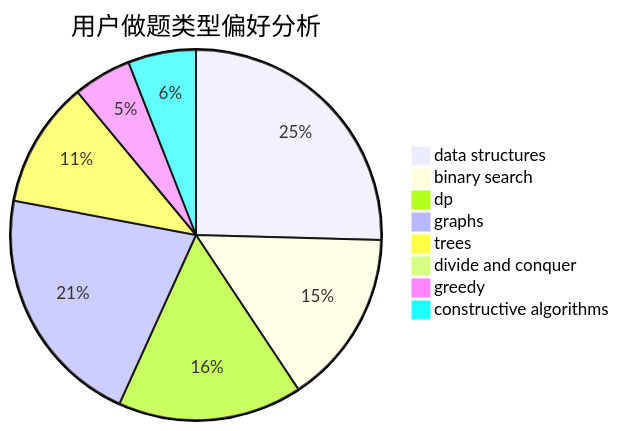
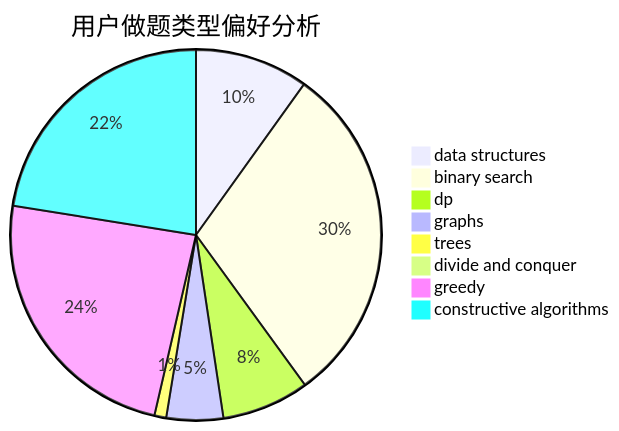
The second of 3 diagrams in docs/user/u305.md (sherpahu/cfrs.github.io), drawn with Mermaid before and after one commit. The commit also changed other lines of this file and 2770 other files, not shown here.

````diff
--- a/docs/user/u305.md
+++ b/docs/user/u305.md
@@ -23,11 +23,11 @@
 ```mermaid
 pie title 用户做题类型偏好分析
-    "data structures" :  30
-    "binary search" :  18
-    "dp" :  19
-    "graphs" :  25
-    "trees" :  13
+    "data structures" :  48
+    "binary search" :  146
+    "dp" :  37
+    "graphs" :  24
+    "trees" :  5
     "divide and conquer" :  0
-    "greedy" :  6
-    "constructive algorithms" :  7
+    "greedy" :  116
+    "constructive algorithms" :  109
 ```
````
